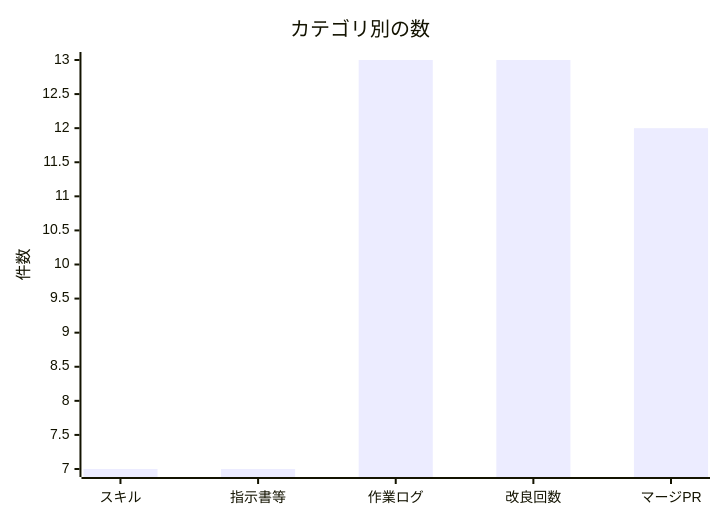
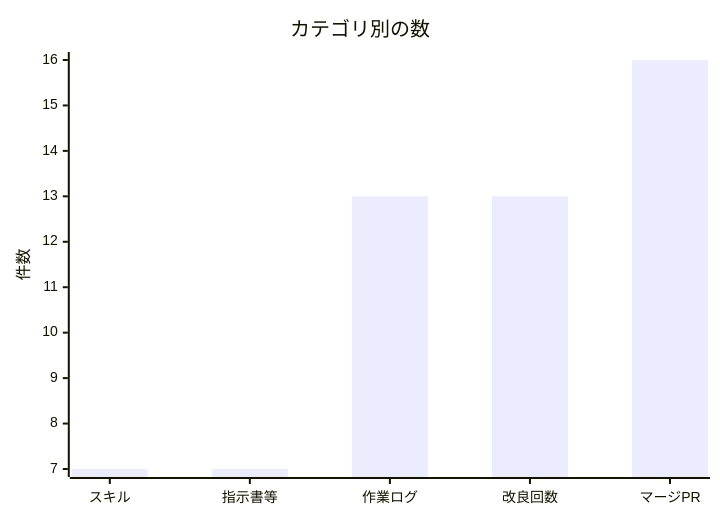
One commit to non-x2/non-x2 changed the second of 2 diagrams in docs/進化レポート.md. Above: the diagram before and after it, drawn with Mermaid. The commit also changed other lines of this file and 1 other file, not shown here.

````diff
--- a/docs/進化レポート.md
+++ b/docs/進化レポート.md
@@ -35,7 +35,7 @@
 ```mermaid
 xychart-beta
     title "カテゴリ別の数"
     x-axis ["スキル", "指示書等", "作業ログ", "改良回数", "マージPR"]
     y-axis "件数"
-    bar [7, 7, 13, 13, 12]
+    bar [7, 7, 13, 13, 16]
 ```
````
